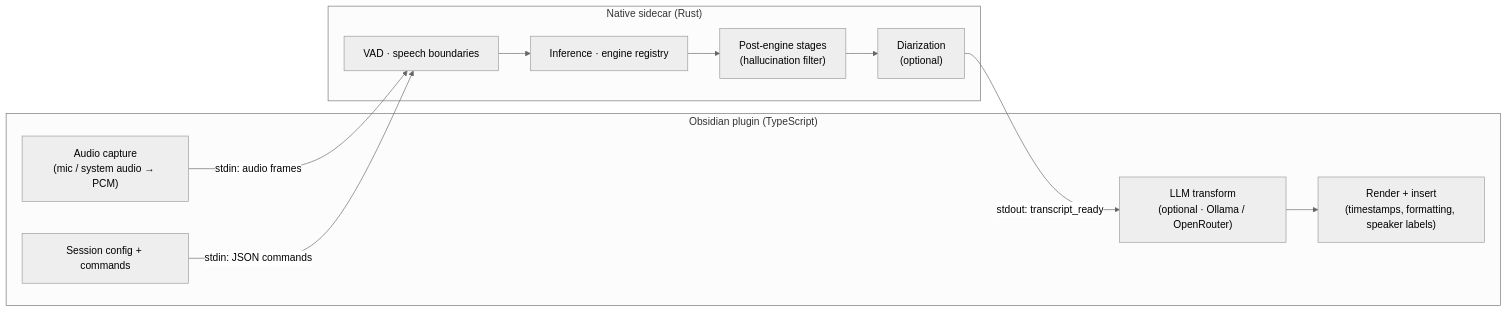
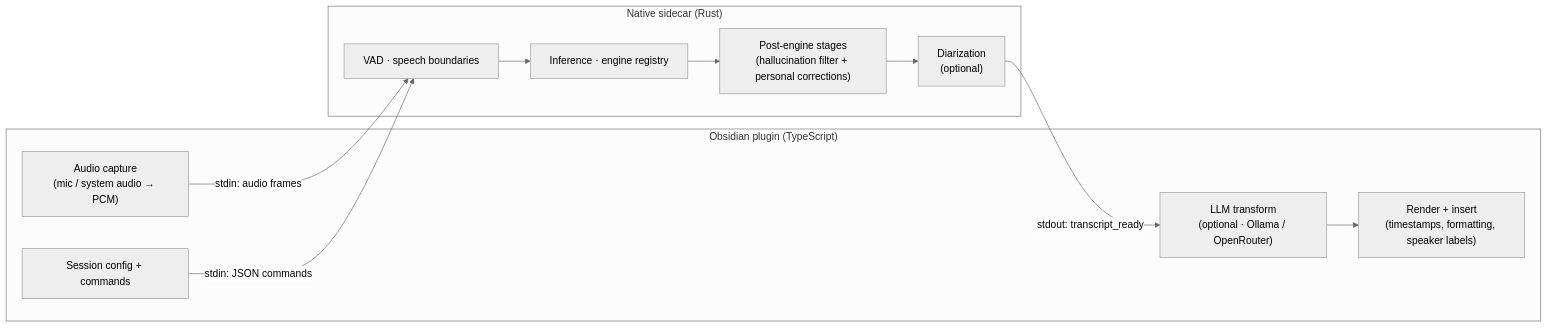
One commit to brittain9/local-dictation-obsidian-plugin changed the first of 6 diagrams in docs/system-architecture.md. Above: the diagram before and after it, drawn with Mermaid (neutral theme). The commit also changed other lines of this file and 20 other files, not shown here.

````diff
--- a/docs/system-architecture.md
+++ b/docs/system-architecture.md
@@ -16,21 +16,21 @@
 ```mermaid
 flowchart LR
     subgraph Plugin ["Obsidian plugin (TypeScript)"]
         CAP["Audio capture<br/>(mic / system audio → PCM)"]
         CFG["Session config + commands"]
         LLM["LLM transform<br/>(optional · Ollama / OpenRouter)"]
         REND["Render + insert<br/>(timestamps, formatting, speaker labels)"]
     end
 
     subgraph Sidecar ["Native sidecar (Rust)"]
         VAD["VAD · speech boundaries"]
         INF["Inference · engine registry"]
-        STAGE["Post-engine stages<br/>(hallucination filter)"]
+        STAGE["Post-engine stages<br/>(hallucination filter + personal corrections)"]
         DIA["Diarization<br/>(optional)"]
         VAD --> INF --> STAGE --> DIA
     end
 
     CAP -->|"stdin: audio frames"| VAD
     CFG -->|"stdin: JSON commands"| VAD
     DIA -->|"stdout: transcript_ready"| LLM --> REND
 ```
````
